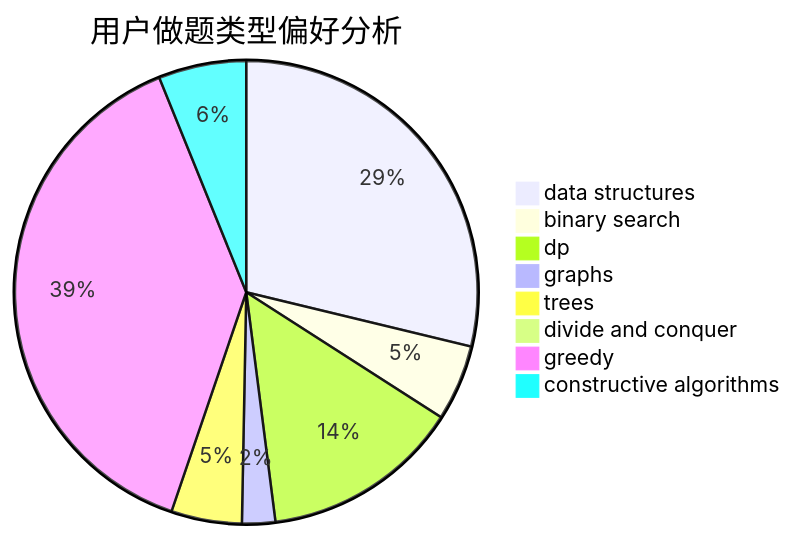
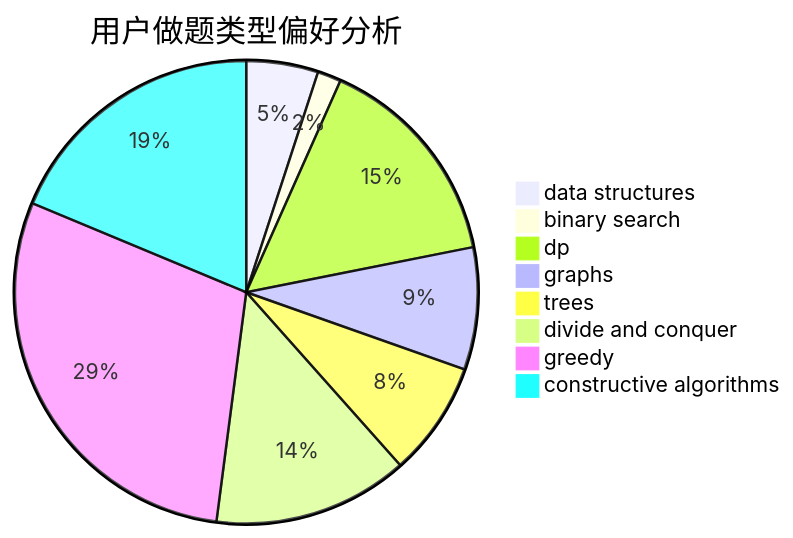
The second of 3 diagrams in docs/user/u1874.md (sherpahu/cfrs.github.io), drawn with Mermaid before and after one commit. The commit also changed other lines of this file and 2770 other files, not shown here.

````diff
--- a/docs/user/u1874.md
+++ b/docs/user/u1874.md
@@ -23,11 +23,11 @@
 ```mermaid
 pie title 用户做题类型偏好分析
-    "data structures" :  385
-    "binary search" :  71
-    "dp" :  186
-    "graphs" :  31
-    "trees" :  66
-    "divide and conquer" :  0
-    "greedy" :  517
-    "constructive algorithms" :  82
+    "data structures" :  67
+    "binary search" :  22
+    "dp" :  203
+    "graphs" :  114
+    "trees" :  107
+    "divide and conquer" :  182
+    "greedy" :  390
+    "constructive algorithms" :  250
 ```
````
